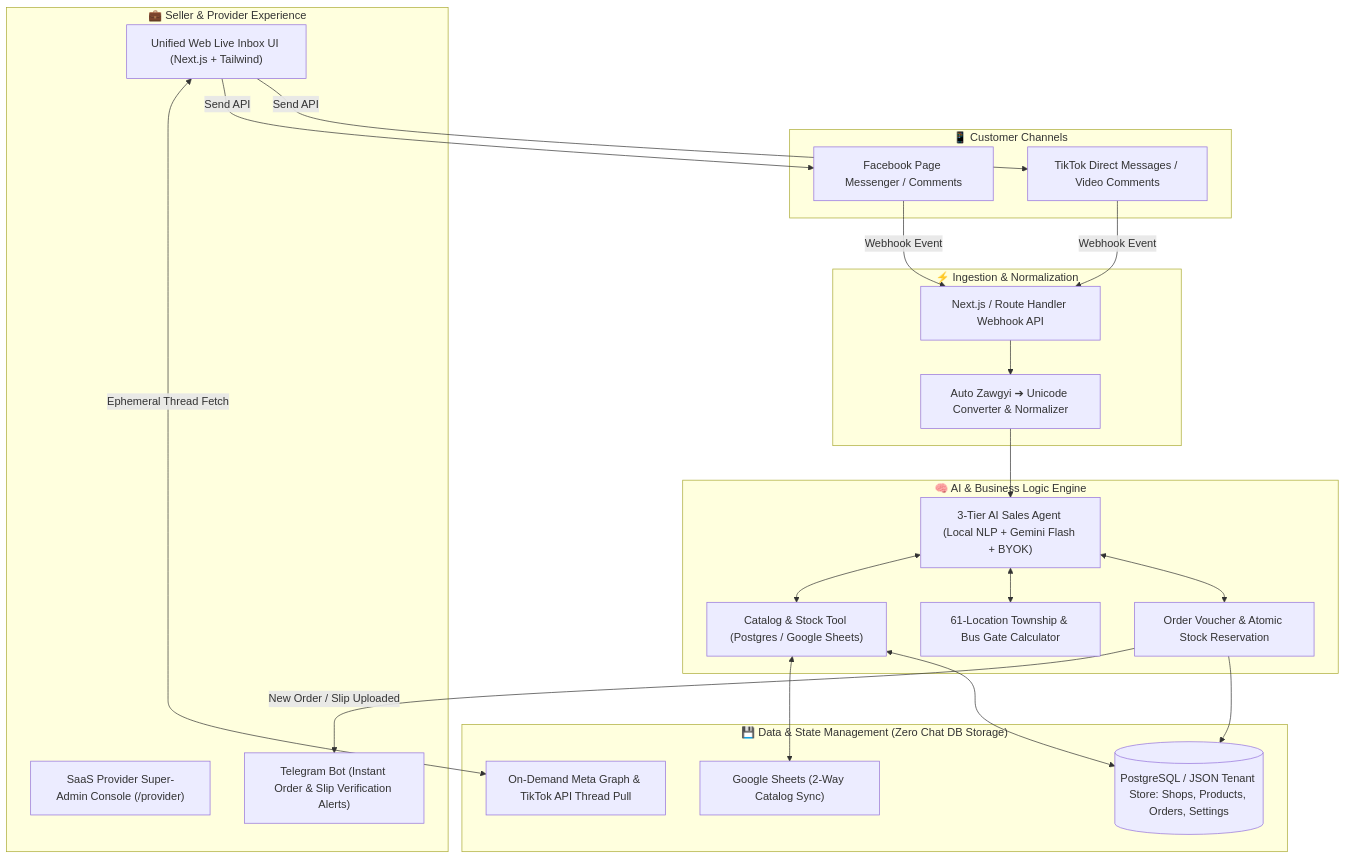
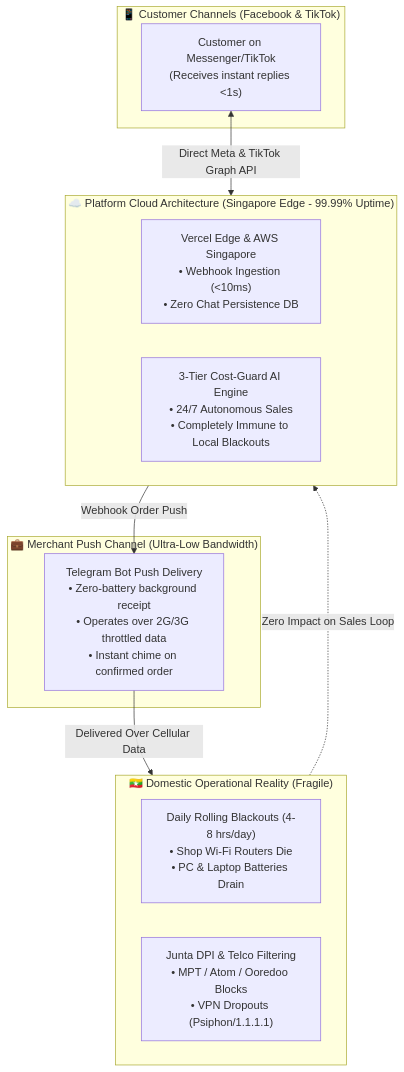
One commit to Garrett-Bo/myanmar-social-commerce-hub changed the first of 3 diagrams in MASTER_PLAN.md. Above: the diagram before and after it, drawn with Mermaid. The commit also changed other lines of this file and 1 other file, not shown here.

Commit message:
docs: upgrade MASTER_PLAN.md and add 1706-line IMPROVED_MASTER_PLAN.md with TAM/SAM/SOM, competitor matrix, and 6-month solo-founder execution roadmap

````diff
--- a/MASTER_PLAN.md
+++ b/MASTER_PLAN.md
@@ -18,46 +404,25 @@
 ```mermaid
 flowchart TD
-    subgraph Channels["📱 Customer Channels"]
-        FB["Facebook Page Messenger / Comments"]
-        TT["TikTok Direct Messages / Video Comments"]
+    subgraph DomesticReality["🇲🇲 Domestic Operational Reality (Fragile)"]
+        Blackouts["Daily Rolling Blackouts (4-8 hrs/day)\n• Shop Wi-Fi Routers Die\n• PC & Laptop Batteries Drain"]
+        ISPThrottling["Junta DPI & Telco Filtering\n• MPT / Atom / Ooredoo Blocks\n• VPN Dropouts (Psiphon/1.1.1.1)"]
     end
 
-    subgraph WebhookLayer["⚡ Ingestion & Normalization"]
-        WH["Next.js / Route Handler Webhook API"]
-        Z2U["Auto Zawgyi ➔ Unicode Converter & Normalizer"]
+    subgraph ResilientCloud["☁️ Platform Cloud Architecture (Singapore Edge - 99.99% Uptime)"]
+        Edge["Vercel Edge & AWS Singapore\n• Webhook Ingestion (<10ms)\n• Zero Chat Persistence DB"]
+        AI["3-Tier Cost-Guard AI Engine\n• 24/7 Autonomous Sales\n• Completely Immune to Local Blackouts"]
     end
 
-    subgraph CoreEngine["🧠 AI & Business Logic Engine"]
-        Agent["3-Tier AI Sales Agent (Local NLP + Gemini Flash + BYOK)"]
-        ToolStock["Catalog & Stock Tool (Postgres / Google Sheets)"]
-        ToolDeli["61-Location Township & Bus Gate Calculator"]
-        ToolOrder["Order Voucher & Atomic Stock Reservation"]
+    subgraph CustomerTouchpoint["📱 Customer Channels (Facebook & TikTok)"]
+        Customer["Customer on Messenger/TikTok\n(Receives instant replies <1s)"]
     end
 
-    subgraph DataStore["💾 Data & State Management (Zero Chat DB Storage)"]
-        DB[(PostgreSQL / JSON Tenant Store: Shops, Products, Orders, Settings)]
-        GraphAPI["On-Demand Meta Graph & TikTok API Thread Pull"]
-        Sheets["Google Sheets (2-Way Catalog Sync)"]
+    subgraph MerchantAlerts["💼 Merchant Push Channel (Ultra-Low Bandwidth)"]
+        Tele["Telegram Bot Push Delivery\n• Zero-battery background receipt\n• Operates over 2G/3G throttled data\n• Instant chime on confirmed order"]
     end
 
-    subgraph SellerApp["💼 Seller & Provider Experience"]
-        Inbox["Unified Web Live Inbox UI (Next.js + Tailwind)"]
-        Provider["SaaS Provider Super-Admin Console (/provider)"]
-        TeleBot["Telegram Bot (Instant Order & Slip Verification Alerts)"]
-    end
-
-    FB -->|Webhook Event| WH
-    TT -->|Webhook Event| WH
-    WH --> Z2U
-    Z2U --> Agent
-    Agent <--> ToolStock
-    Agent <--> ToolDeli
-    Agent <--> ToolOrder
-    ToolStock <--> Sheets
-    ToolStock <--> DB
-    ToolOrder -->|New Order / Slip Uploaded| TeleBot
-    ToolOrder --> DB
-    Inbox <-->|Ephemeral Thread Fetch| GraphAPI
-    Inbox -->|Send API| FB
-    Inbox -->|Send API| TT
+    DomesticReality -.->|Zero Impact on Sales Loop| ResilientCloud
+    Customer <-->|Direct Meta & TikTok Graph API| ResilientCloud
+    ResilientCloud -->|Webhook Order Push| Tele
+    Tele -->|Delivered Over Cellular Data| DomesticReality
 ```
````
